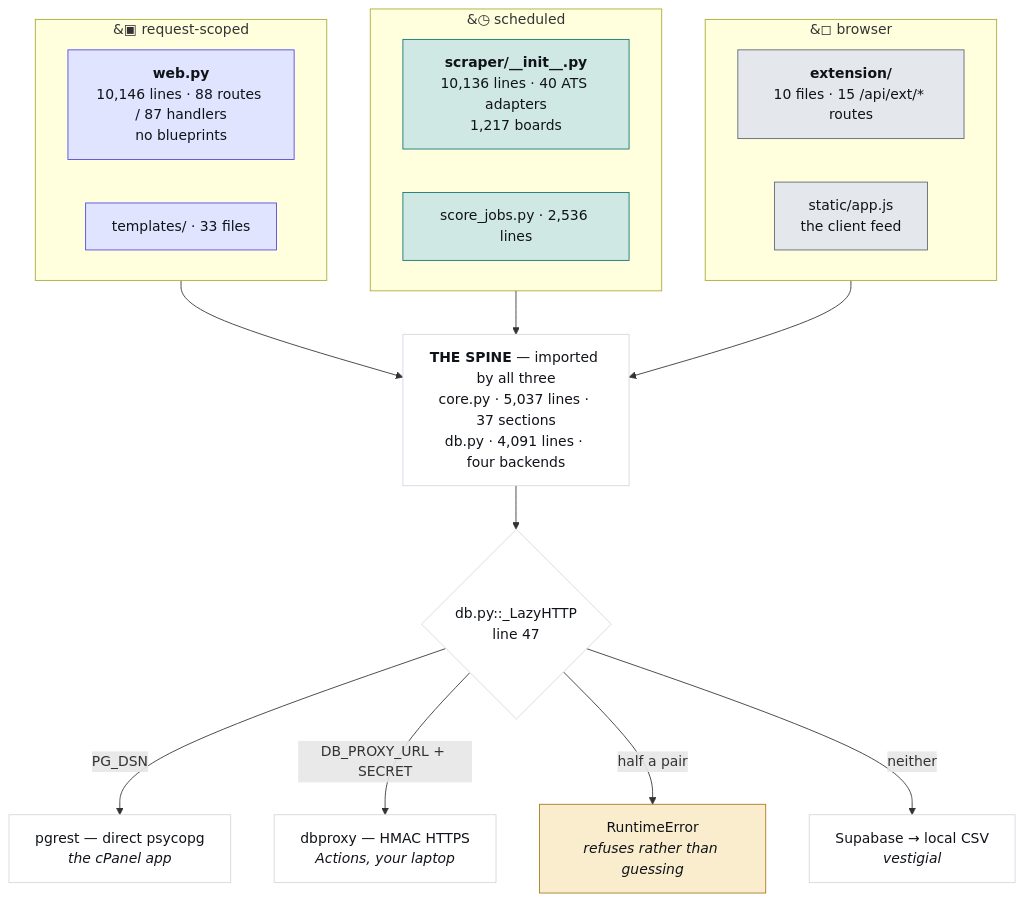
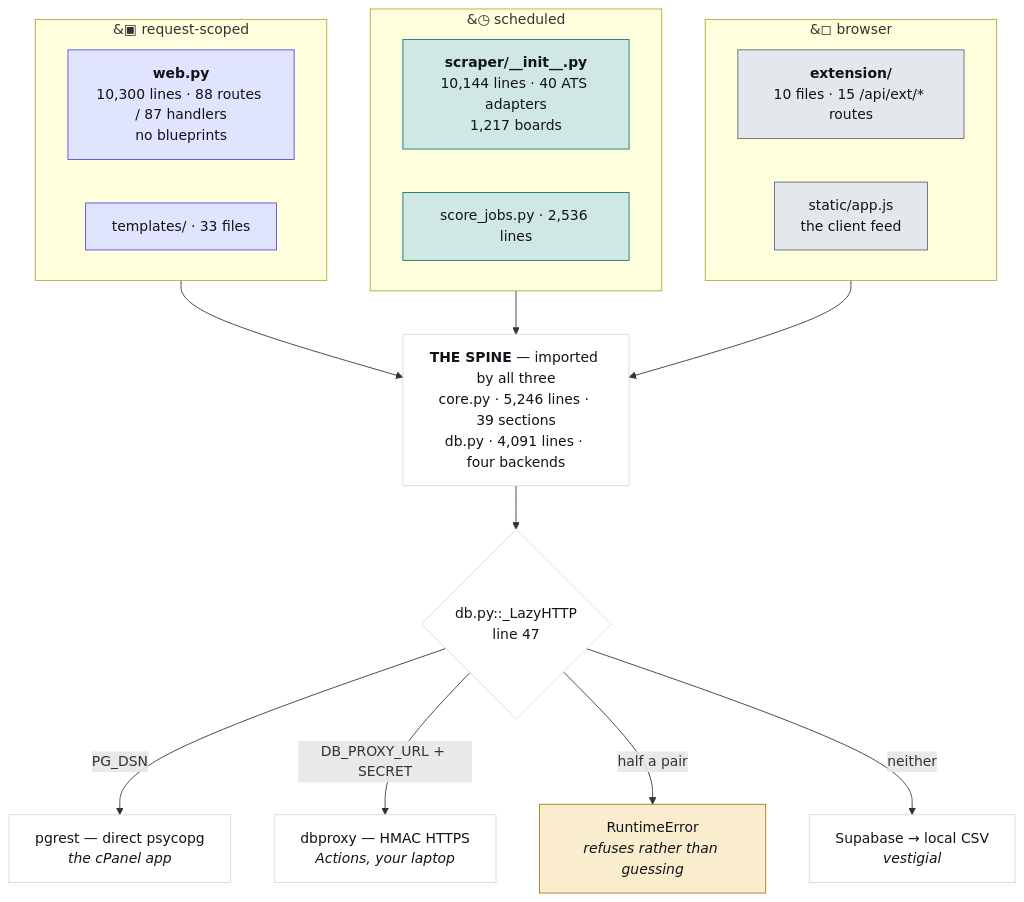
The first of 4 diagrams in JobMatch Scraper/docs/ARCHITECTURE.md (hadakunal909-debug/job-search-tool), drawn with Mermaid before and after one commit. The commit also changed other lines of this file and 16 other files, not shown here.

````diff
--- a/JobMatch Scraper/docs/ARCHITECTURE.md
+++ b/JobMatch Scraper/docs/ARCHITECTURE.md
@@ -45,34 +45,34 @@
 ```mermaid
 flowchart TB
   subgraph REQ["&#9635; request-scoped"]
-    W["<b>web.py</b><br/>10,146 lines · 88 routes / 87 handlers<br/>no blueprints"]
+    W["<b>web.py</b><br/>10,300 lines · 88 routes / 87 handlers<br/>no blueprints"]
     T["templates/ · 33 files"]
   end
   subgraph SCH["&#9719; scheduled"]
-    S["<b>scraper/__init__.py</b><br/>10,136 lines · 40 ATS adapters<br/>1,217 boards"]
+    S["<b>scraper/__init__.py</b><br/>10,144 lines · 40 ATS adapters<br/>1,217 boards"]
     J["score_jobs.py · 2,536 lines"]
   end
   subgraph CLI["&#9723; browser"]
     E["<b>extension/</b><br/>10 files · 15 /api/ext/* routes"]
     A["static/app.js<br/>the client feed"]
   end
-  SPINE["<b>THE SPINE</b> — imported by all three<br/>core.py · 5,037 lines · 37 sections<br/>db.py · 4,091 lines · four backends"]
+  SPINE["<b>THE SPINE</b> — imported by all three<br/>core.py · 5,246 lines · 39 sections<br/>db.py · 4,091 lines · four backends"]
   REQ --> SPINE
   SCH --> SPINE
   CLI --> SPINE
   SPINE --> D{"db.py::_LazyHTTP<br/>line 47"}
   D -->|"PG_DSN"| P["pgrest — direct psycopg<br/><i>the cPanel app</i>"]
   D -->|"DB_PROXY_URL + SECRET"| X["dbproxy — HMAC HTTPS<br/><i>Actions, your laptop</i>"]
   D -->|"half a pair"| R["RuntimeError<br/><i>refuses rather than guessing</i>"]
   D -->|"neither"| V["Supabase → local CSV<br/><i>vestigial</i>"]
   classDef web fill:#e0e4fe,stroke:#4f46e5,color:#101319
   classDef sched fill:#cfe8e3,stroke:#0f766e,color:#101319
   classDef client fill:#e4e7ec,stroke:#5f6573,color:#101319
   classDef trap fill:#f9edcd,stroke:#a8781a,color:#101319
   classDef plain fill:#ffffff,stroke:#d3d7df,color:#101319
   class W,T web
   class S,J sched
   class E,A client
   class R trap
   class SPINE,D,P,X,V plain
 ```
````
